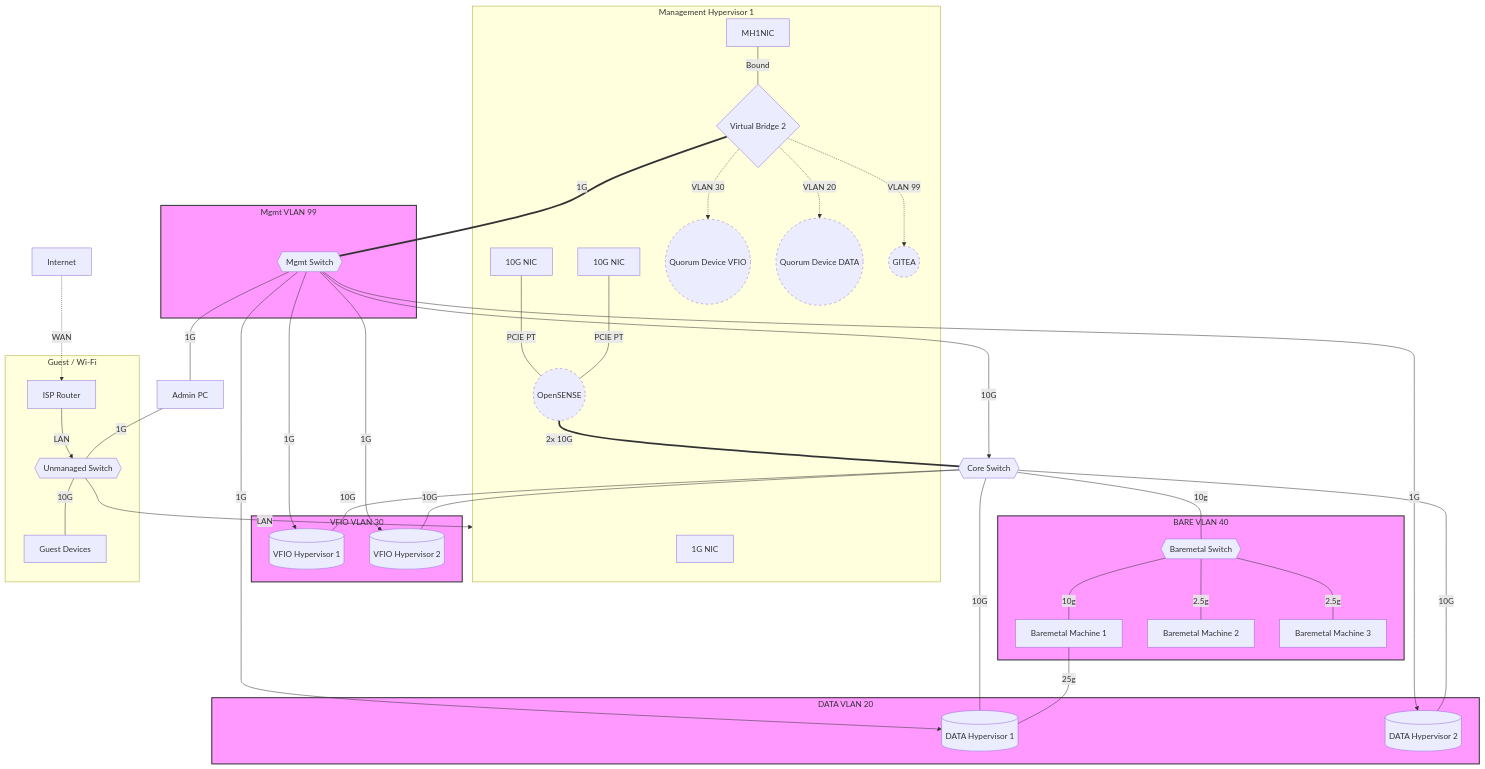
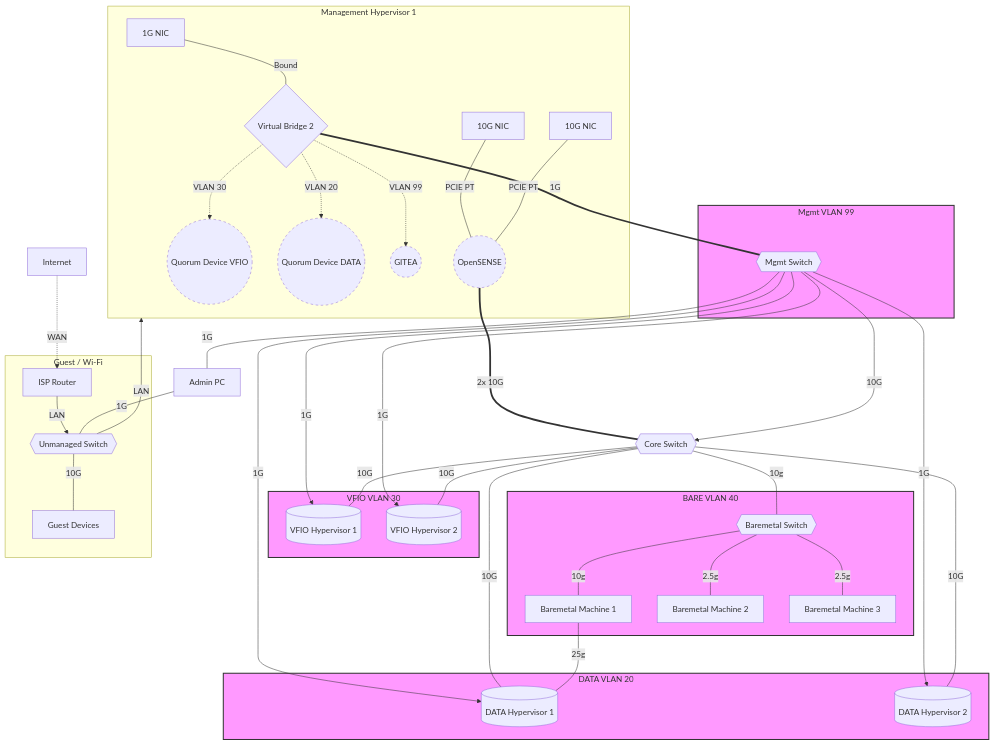
One commit to woeiru/lab changed the diagram in alp/netop.md. Above: the diagram before and after it, drawn with Mermaid.

Commit message:
standard

````diff
--- a/alp/netop.md
+++ b/alp/netop.md
@@ -3,76 +3,76 @@
 ```mermaid
 graph TD
     subgraph MH1[Management Hypervisor 1]
         MH1NIC1[1G NIC]
         MH1NIC2[10G NIC]
         MH1NIC3[10G NIC]
         MH1NIC2 ---|"PCIE PT"| OPN
         MH1NIC3 ---|"PCIE PT"| OPN
         VB2{Virtual Bridge 2}
-        MH1NIC ---|"Bound"| VB2
+        MH1NIC1 ---|"Bound"| VB2
         OPN((OpenSENSE))
         QDV((Quorum Device VFIO))
         QDD((Quorum Device DATA))
         GIT((GITEA))
     end
 
     INT[Internet] -.-> |WAN| ISPR[ISP Router]
     ISPR --> |LAN| US{{Unmanaged Switch}}
     US --> |LAN| MH1
     US ---|"10G"| GD[Guest Devices]
 
     MS{{Mgmt Switch}} ---|"1G"| APC[Admin PC]
     APC ---|"1G"| US
 
     VB2 ===|"1G"| MS
     OPN ===|"2x 10G"| CS{{Core Switch}}
 
     MS --->|"10G"| CS
     MS --->|"1G"| DH1
     MS --->|"1G"| DH2
     MS --->|"1G"| VH1
     MS --->|"1G"| VH2
 
     CS ---|"10G"| DH1[(DATA Hypervisor 1)]
     CS ---|"10G"| DH2[(DATA Hypervisor 2)]
     CS ---|"10G"| VH1[(VFIO Hypervisor 1)]
     CS ---|"10G"| VH2[(VFIO Hypervisor 2)]
 
     CS ---|"10g"| BMS{{Baremetal Switch}}
     BMS ---|"10g"| BM1[Baremetal Machine 1]
     BM1 ---|"25g"| DH1
     BMS ---|"2.5g"| BM2[Baremetal Machine 2]
     BMS ---|"2.5g"| BM3[Baremetal Machine 3]
 
     subgraph VLAN20 [DATA VLAN 20]
         DH1
         DH2
     end
     subgraph VLAN30 [VFIO VLAN 30]
         VH1
         VH2
     end
     subgraph VLAN40 [BARE VLAN 40]
         BMS
         BM1 
         BM2 
         BM3 
     end
     subgraph VLAN99 [Mgmt VLAN 99]
         MS
     end
     subgraph Guest [Guest / Wi-Fi]
         ISPR
         GD
         US
     end
 
     VB2 -.->|VLAN 20| QDD
     VB2 -.->|VLAN 30| QDV
     VB2 -.->|VLAN 99| GIT
 
     classDef punctuated stroke-dasharray: 5 5;
     class GIT,QDV,QDD,OPN punctuated;
     classDef vlan fill:#f9f,stroke:#333,stroke-width:2px;
     class VLAN20,VLAN30,VLAN40,VLAN99 vlan;
 ```
````
